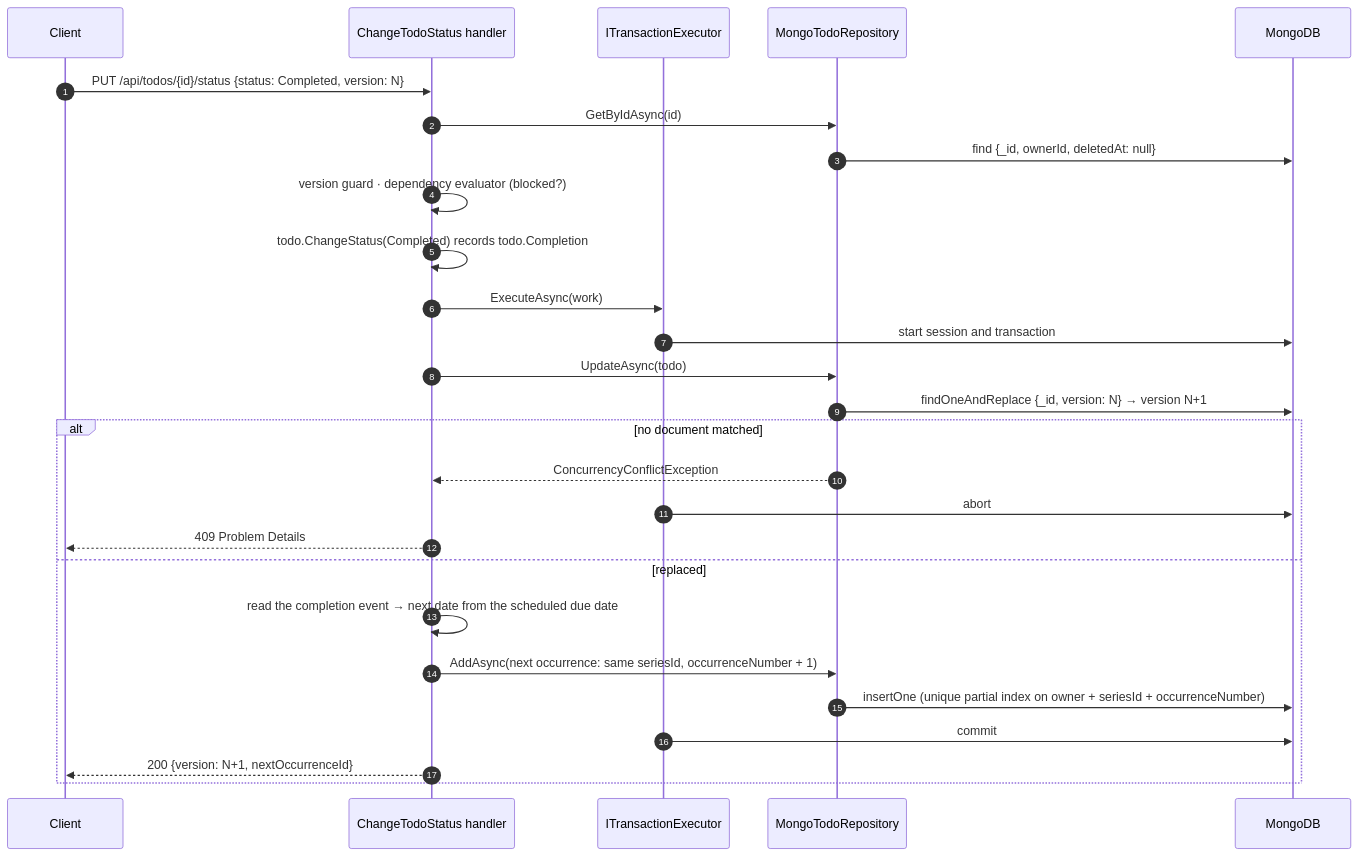
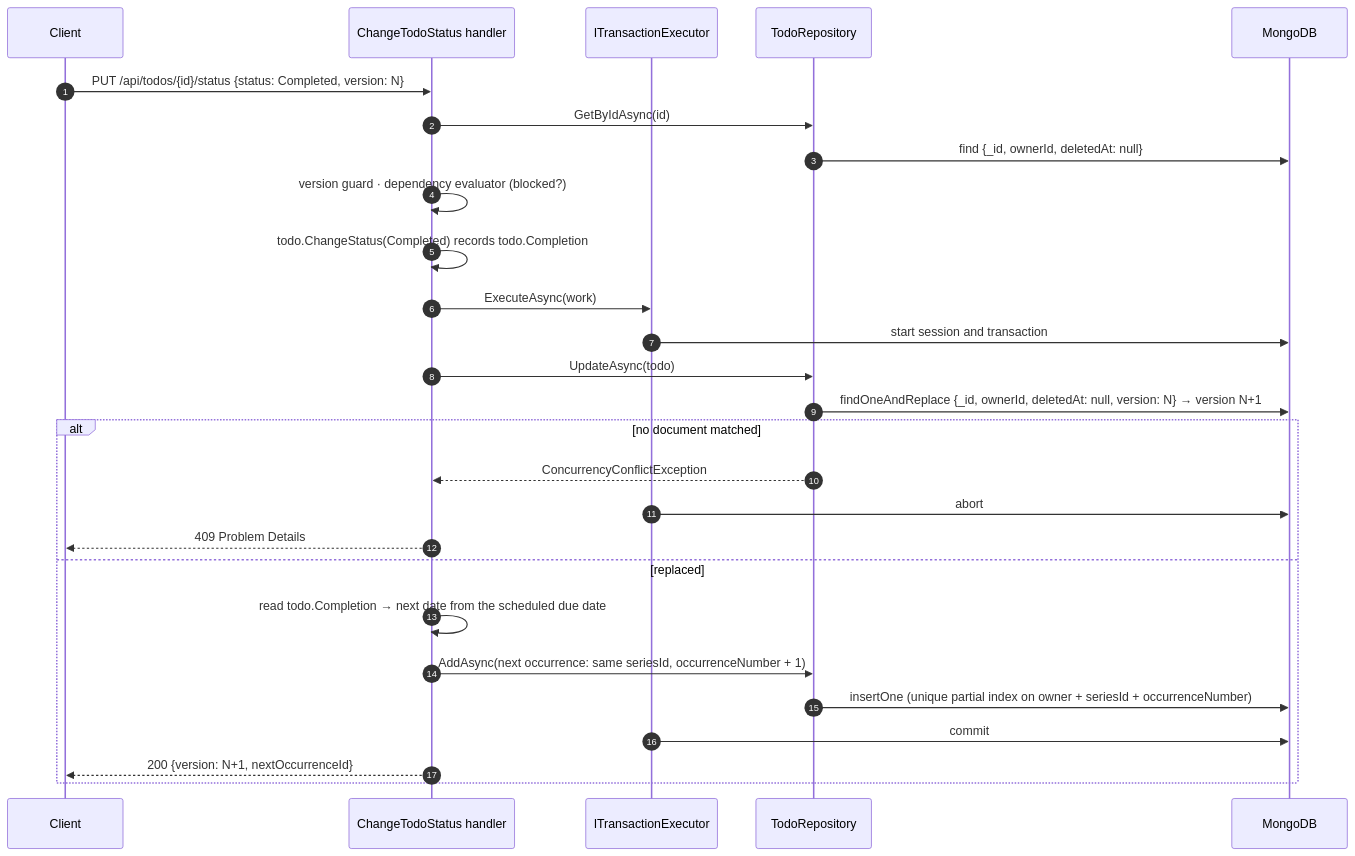
The second of 2 diagrams in docs/architecture.md (Space0Timer/sleeky-todo), drawn with Mermaid before and after one commit. The commit also changed other lines of this file and 6 other files, not shown here.

First line of the commit message:
docs: reconcile architecture and decision logs with the code

````diff
--- a/docs/architecture.md
+++ b/docs/architecture.md
@@ -447,30 +452,30 @@
 ```mermaid
 sequenceDiagram
     autonumber
     participant C as Client
     participant H as ChangeTodoStatus handler
     participant TX as ITransactionExecutor
-    participant R as MongoTodoRepository
+    participant R as TodoRepository
     participant M as MongoDB
 
     C->>H: PUT /api/todos/{id}/status {status: Completed, version: N}
     H->>R: GetByIdAsync(id)
     R->>M: find {_id, ownerId, deletedAt: null}
     H->>H: version guard · dependency evaluator (blocked?)
     H->>H: todo.ChangeStatus(Completed) records todo.Completion
     H->>TX: ExecuteAsync(work)
     TX->>M: start session and transaction
     H->>R: UpdateAsync(todo)
-    R->>M: findOneAndReplace {_id, version: N} → version N+1
+    R->>M: findOneAndReplace {_id, ownerId, deletedAt: null, version: N} → version N+1
     alt no document matched
         R-->>H: ConcurrencyConflictException
         TX->>M: abort
         H-->>C: 409 Problem Details
     else replaced
-        H->>H: read the completion event → next date from the scheduled due date
+        H->>H: read todo.Completion → next date from the scheduled due date
         H->>R: AddAsync(next occurrence: same seriesId, occurrenceNumber + 1)
         R->>M: insertOne (unique partial index on owner + seriesId + occurrenceNumber)
         TX->>M: commit
         H-->>C: 200 {version: N+1, nextOccurrenceId}
     end
 ```
````
